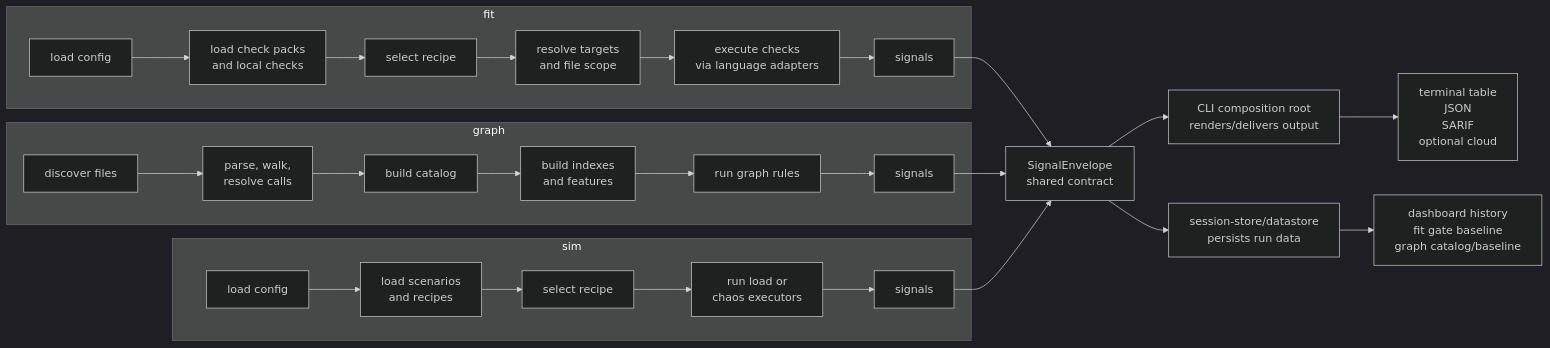
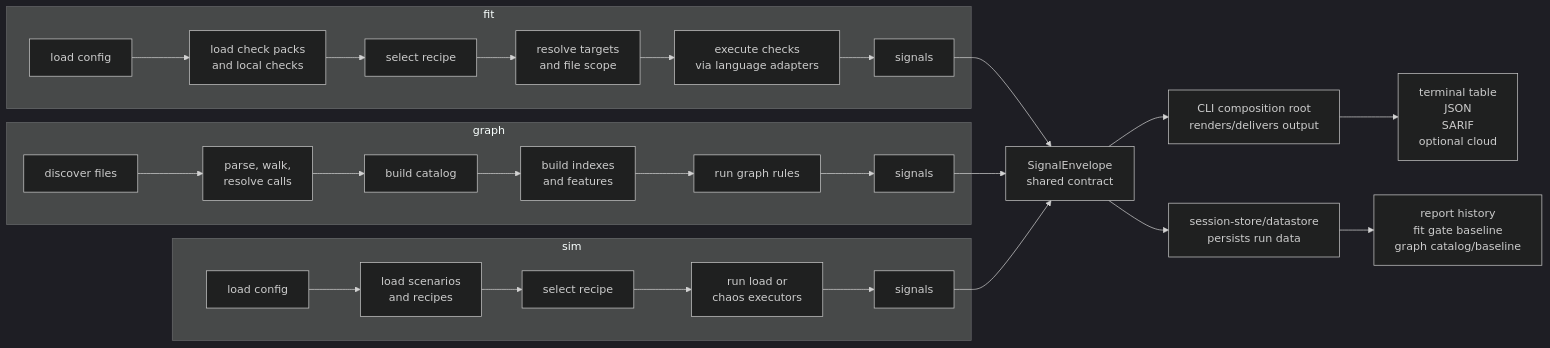
One commit to opensip-ai/opensip-cli changed the third of 3 diagrams in docs/public/00-start/07-architecture-overview.md. Above: the diagram before and after it, drawn with Mermaid (dark theme). The commit also changed other lines of this file and 107 other files, not shown here.

Commit message:
feat(cli): rename dashboard surface to report

````diff
--- a/docs/public/00-start/07-architecture-overview.md
+++ b/docs/public/00-start/07-architecture-overview.md
@@ -141,34 +141,34 @@
 ```mermaid
 flowchart LR
   subgraph Fit["fit"]
     F1["load config"] --> F2["load check packs<br/>and local checks"]
     F2 --> F3["select recipe"]
     F3 --> F4["resolve targets<br/>and file scope"]
     F4 --> F5["execute checks<br/>via language adapters"]
     F5 --> F6["signals"]
   end
 
   subgraph Graph["graph"]
     G1["discover files"] --> G2["parse, walk,<br/>resolve calls"]
     G2 --> G3["build catalog"]
     G3 --> G4["build indexes<br/>and features"]
     G4 --> G5["run graph rules"]
     G5 --> G6["signals"]
   end
 
   subgraph Sim["sim"]
     S1["load config"] --> S2["load scenarios<br/>and recipes"]
     S2 --> S3["select recipe"]
     S3 --> S4["run load or<br/>chaos executors"]
     S4 --> S5["signals"]
   end
 
   F6 --> E["SignalEnvelope<br/>shared contract"]
   G6 --> E
   S5 --> E
 
   E --> O["CLI composition root<br/>renders/delivers output"]
   E --> P["session-store/datastore<br/>persists run data"]
   O --> X["terminal table<br/>JSON<br/>SARIF<br/>optional cloud"]
-  P --> D["dashboard history<br/>fit gate baseline<br/>graph catalog/baseline"]
+  P --> D["report history<br/>fit gate baseline<br/>graph catalog/baseline"]
 ```
````
